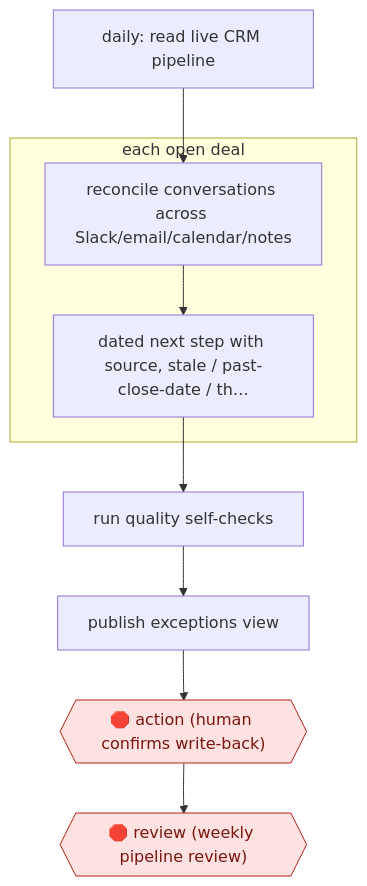
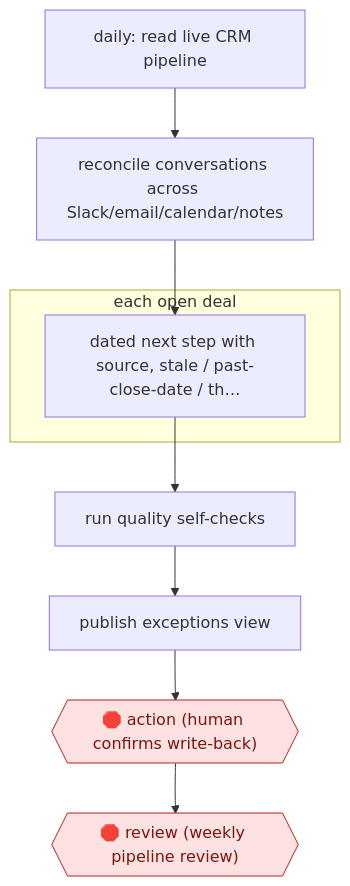
Before and after one commit to milesradford99/agent-workflow-atlas: the diagram in workflows/COM/SAL/REVOPS/propose-confirm-pipeline-sweep/README.md, drawn with Mermaid. The commit also changed other lines of this file and 171 other files, not shown here.

````diff
--- a/workflows/COM/SAL/REVOPS/propose-confirm-pipeline-sweep/README.md
+++ b/workflows/COM/SAL/REVOPS/propose-confirm-pipeline-sweep/README.md
@@ -31,19 +31,19 @@
 ```mermaid
 flowchart TD
   n1["daily: read live CRM pipeline"]
   n2["reconcile conversations across Slack/email/calendar/notes"]
-  n1 --> n2
   subgraph s3["each open deal"]
   n4["dated next step with source, stale / past-close-date / th…"]
-  n2 --> n4
   end
   n5["run quality self-checks"]
+  n6["publish exceptions view"]
+  n7{{"🛑 action (human confirms write-back)"}}:::stop
+  n8{{"🛑 review (weekly pipeline review)"}}:::stop
+  n1 --> n2
+  n2 --> n4
   n4 --> n5
-  n6["publish exceptions view"]
   n5 --> n6
-  n7{{"🛑 action (human confirms write-back)"}}:::stop
   n6 --> n7
-  n8{{"🛑 review (weekly pipeline review)"}}:::stop
   n7 --> n8
   classDef stop fill:#fde2e1,stroke:#b42318,color:#7a1610
 ```
````
